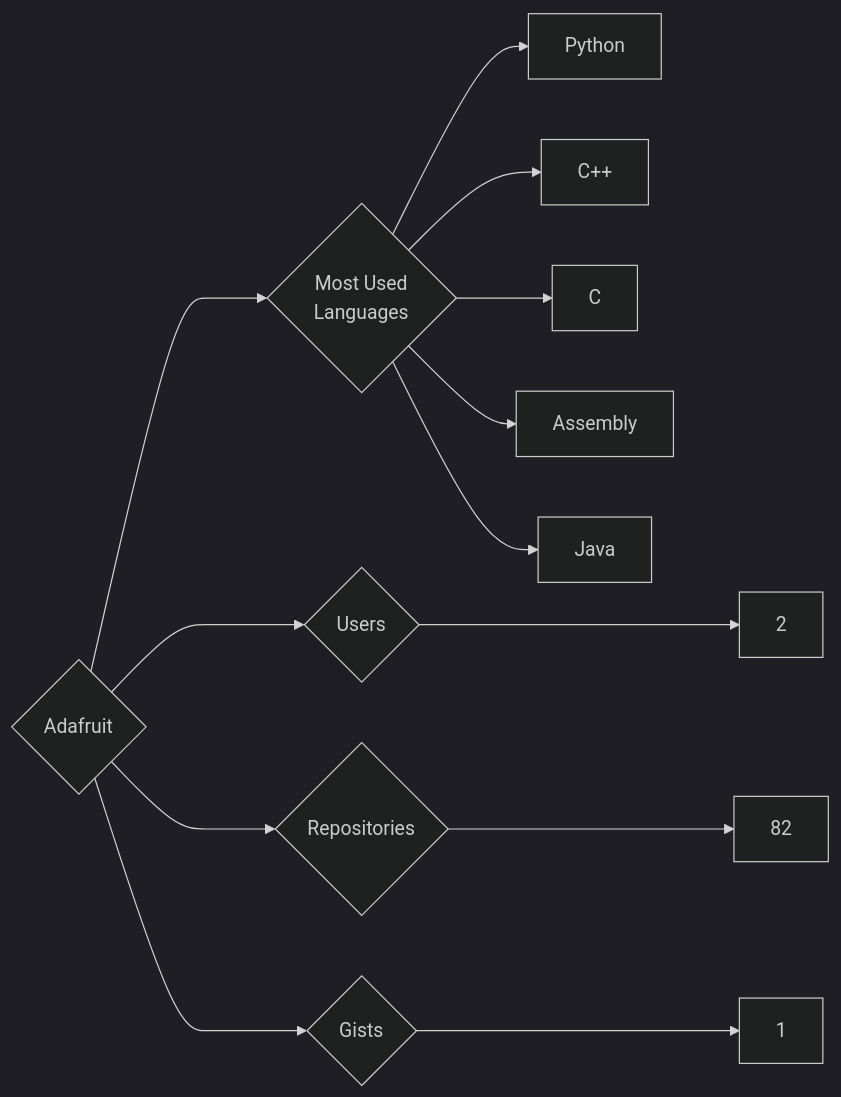
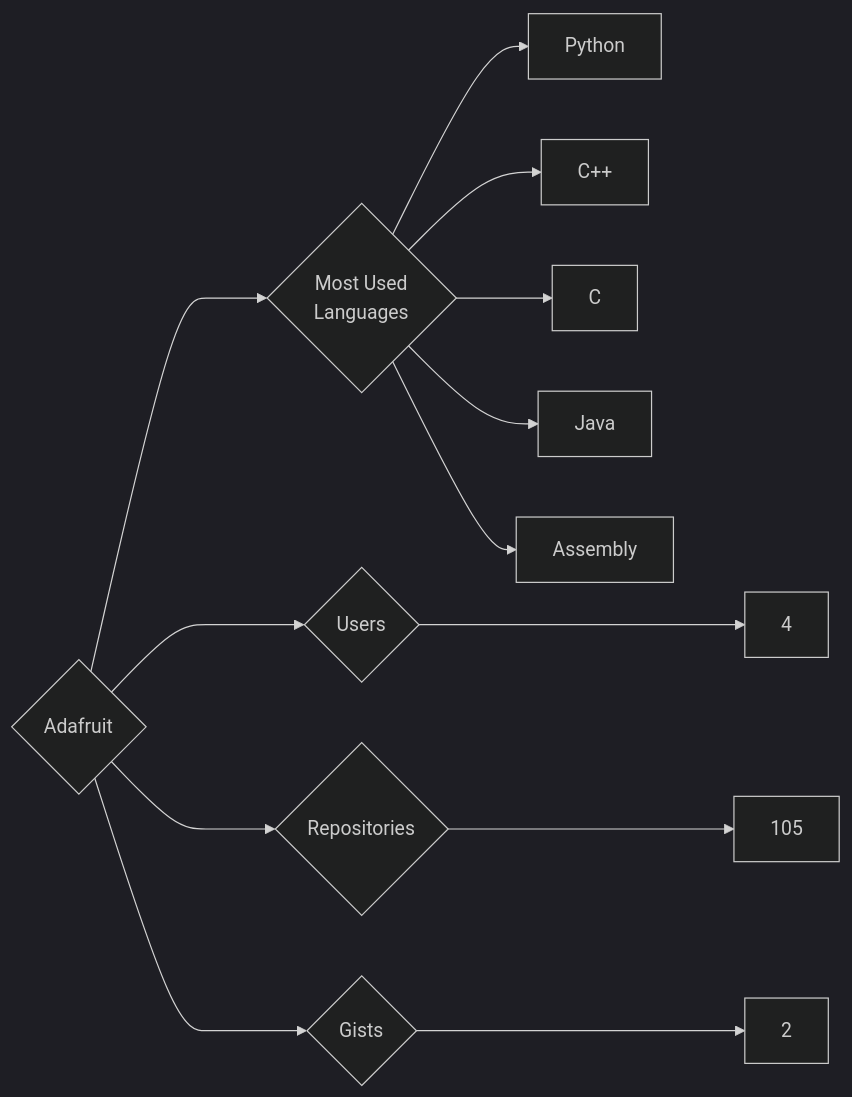
One commit to trickest/insiders changed the diagram in targets/Adafruit/README.md. Above: the diagram before and after it, drawn with Mermaid (dark theme). The commit also changed 1055 other files, not shown here.

````diff
--- a/targets/Adafruit/README.md
+++ b/targets/Adafruit/README.md
@@ -3,13 +3,13 @@
 ```mermaid
 graph LR
 COMPANY_NAME{Adafruit}
-COMPANY_NAME ---> U{Users} ---> UN[2]
-COMPANY_NAME ---> R{Repositories} ---> RN[82]
-COMPANY_NAME ---> G{Gists} ---> GN[1]
+COMPANY_NAME ---> U{Users} ---> UN[4]
+COMPANY_NAME ---> R{Repositories} ---> RN[105]
+COMPANY_NAME ---> G{Gists} ---> GN[2]
 COMPANY_NAME ---> ML{Most Used<br>Languages}
 ML --> Python[Python]
 ML --> C++[C++]
 ML --> C[C]
+ML --> Java[Java]
 ML --> Assembly[Assembly]
-ML --> Java[Java]
 ```
````
